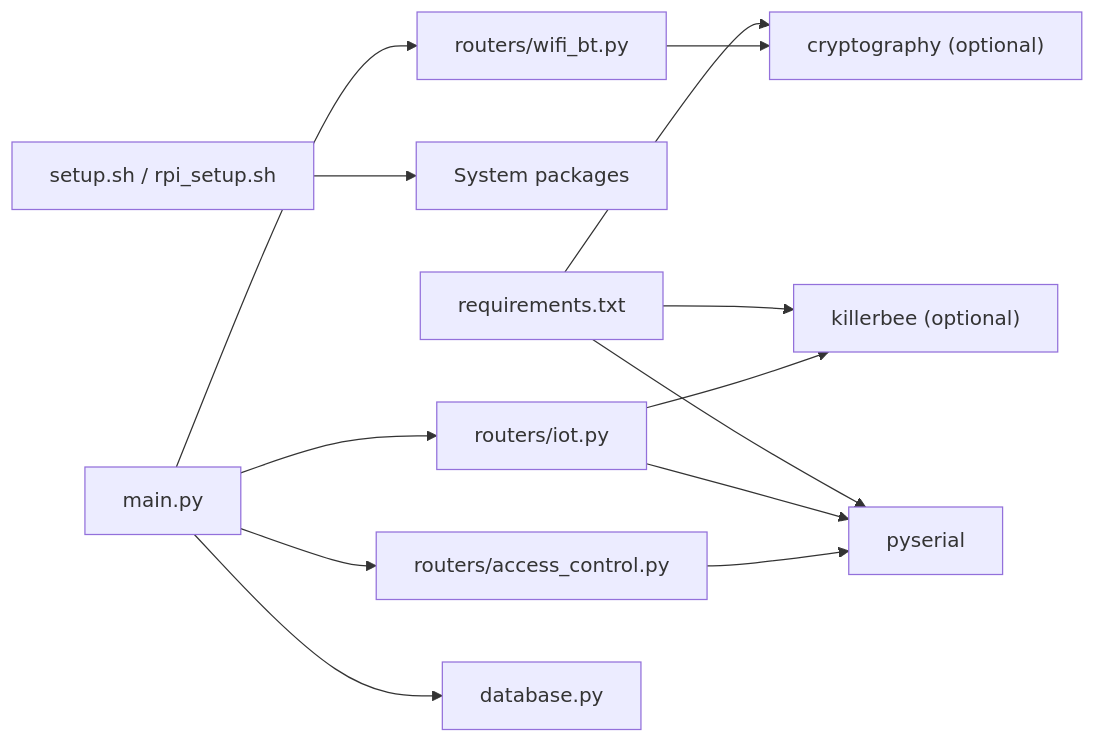
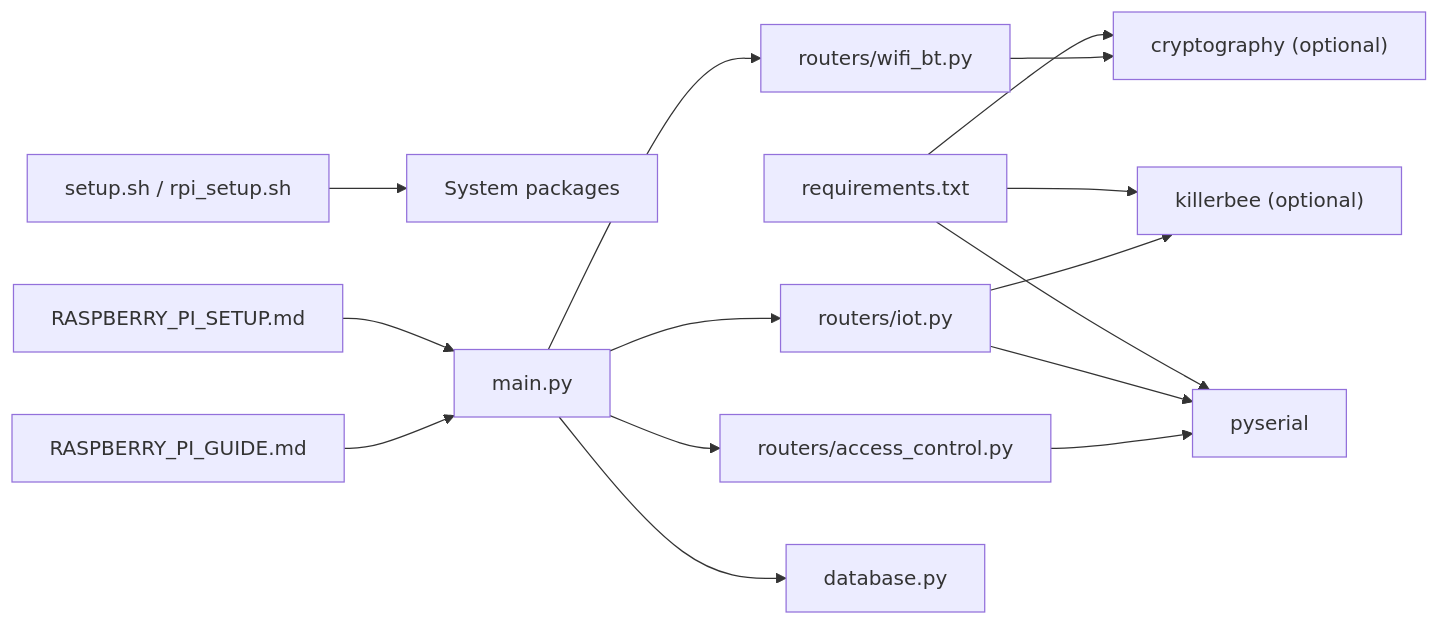
The eighth of 8 diagrams in .qoder/repowiki/en/content/Hardware Integration/Hardware Integration.md (MohandWaleed3/PentexOne), drawn with Mermaid before and after one commit. The commit also changed other lines of this file and 16 other files, not shown here.

````diff
--- a/.qoder/repowiki/en/content/Hardware Integration/Hardware Integration.md
+++ b/.qoder/repowiki/en/content/Hardware Integration/Hardware Integration.md
@@ -345,15 +398,17 @@
 ```mermaid
 graph LR
 REQ["requirements.txt"] --> SER["pyserial"]
 REQ --> KILL["killerbee (optional)"]
 REQ --> CRYPTO["cryptography (optional)"]
 SETUP["setup.sh / rpi_setup.sh"] --> SYS["System packages"]
 IOT["routers/iot.py"] --> SER
 IOT --> KILL
 WIFI["routers/wifi_bt.py"] --> CRYPTO
 ACCESS["routers/access_control.py"] --> SER
 MAIN["main.py"] --> IOT
 MAIN --> WIFI
 MAIN --> ACCESS
 MAIN --> DB["database.py"]
+RPISetup["RASPBERRY_PI_SETUP.md"] --> MAIN
+RPIDeploy["RASPBERRY_PI_GUIDE.md"] --> MAIN
 ```
````
